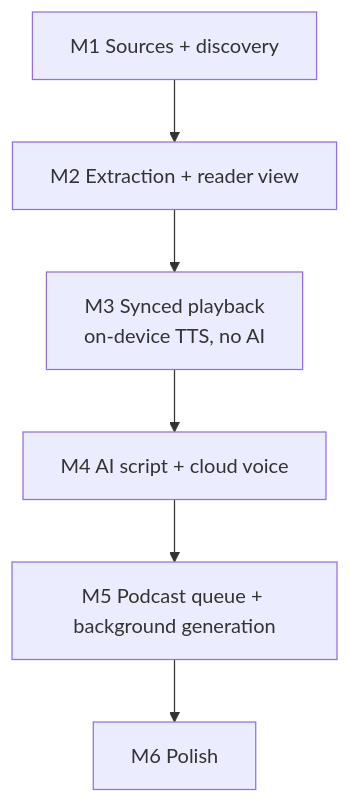
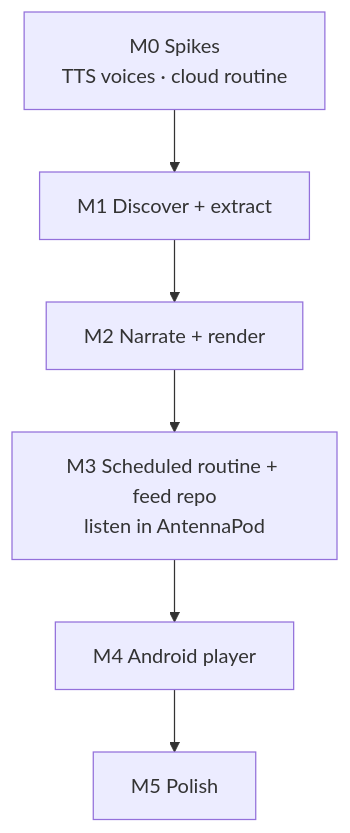
The diagram in .docs/roadmap.md (nahueltaibo/article-to-podcast), drawn with Mermaid before and after one commit. The commit also changed other lines of this file and 4 other files, not shown here.

First line of the commit message:
Move generation to a Claude Code cloud routine with a GitHub feed

````diff
--- a/.docs/roadmap.md
+++ b/.docs/roadmap.md
@@ -5,8 +5,8 @@
 ```mermaid
 flowchart TD
-    M1[M1 Sources + discovery] --> M2[M2 Extraction + reader view]
-    M2 --> M3[M3 Synced playback<br/>on-device TTS, no AI]
-    M3 --> M4[M4 AI script + cloud voice]
-    M4 --> M5[M5 Podcast queue + background generation]
-    M5 --> M6[M6 Polish]
+    M0[M0 Spikes<br/>TTS voices · cloud routine] --> M1[M1 Discover + extract]
+    M1 --> M2[M2 Narrate + render]
+    M2 --> M3[M3 Scheduled routine + feed repo<br/>listen in AntennaPod]
+    M3 --> M4[M4 Android player]
+    M4 --> M5[M5 Polish]
 ```
````
